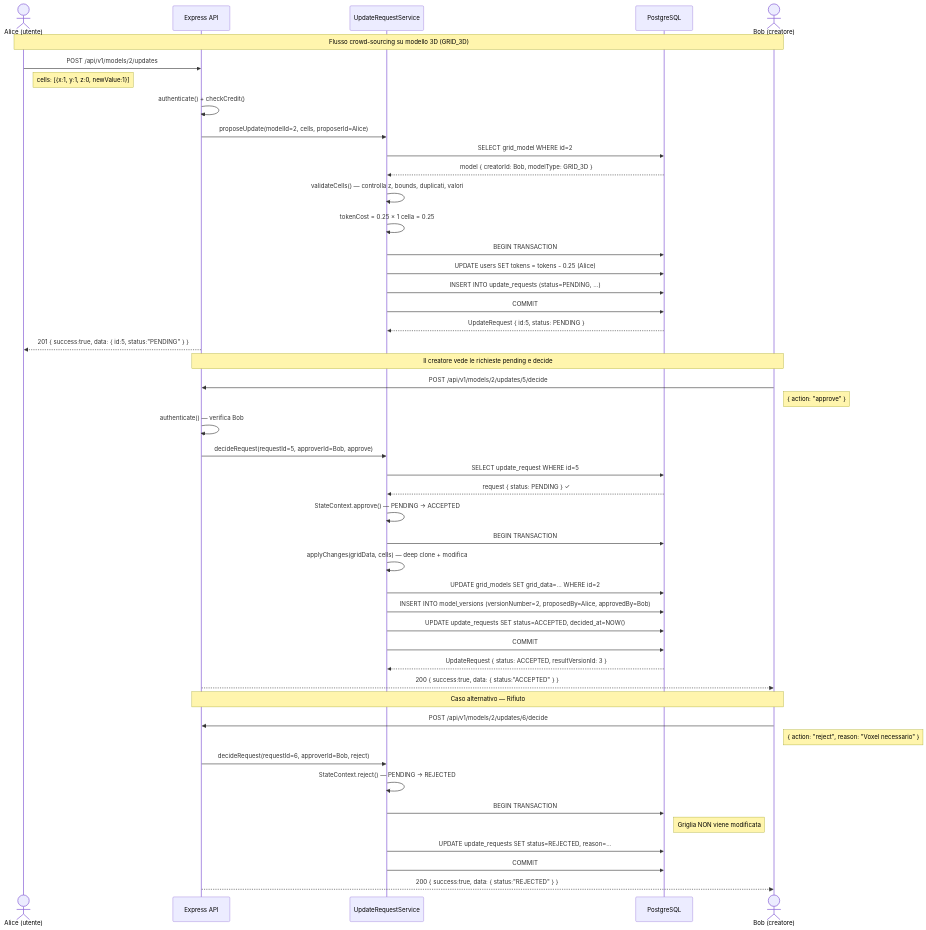
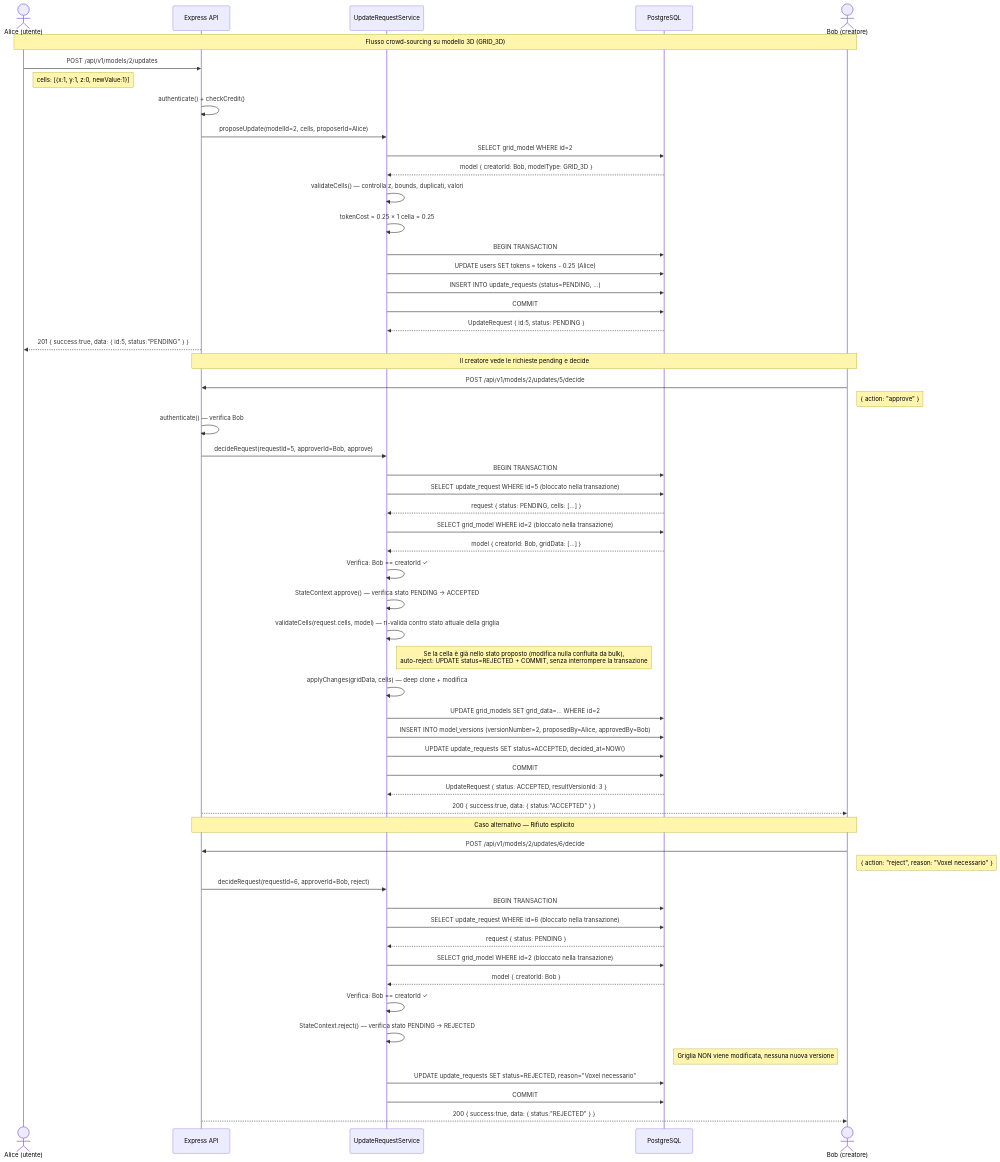
One commit to lucabelard/Progetto-programmazione-avanzata-consegna changed the fourth of 7 diagrams in README.md. Above: the diagram before and after it, drawn with Mermaid.

Commit message:
ultimi ritocchi

````diff
--- a/README.md
+++ b/README.md
@@ -345,55 +345,65 @@
 ```mermaid
 sequenceDiagram
   actor Alice as Alice (utente)
   participant API as Express API
   participant SVC as UpdateRequestService
   participant DB as PostgreSQL
   actor Bob as Bob (creatore)
 
   Note over Alice,Bob: Flusso crowd-sourcing su modello 3D (GRID_3D)
 
   Alice->>API: POST /api/v1/models/2/updates
   note right of Alice: cells: [{x:1, y:1, z:0, newValue:1}]
   API->>API: authenticate() + checkCredit()
   API->>SVC: proposeUpdate(modelId=2, cells, proposerId=Alice)
   SVC->>DB: SELECT grid_model WHERE id=2
   DB-->>SVC: model { creatorId: Bob, modelType: GRID_3D }
   SVC->>SVC: validateCells() — controlla z, bounds, duplicati, valori
   SVC->>SVC: tokenCost = 0.25 × 1 cella = 0.25
   SVC->>DB: BEGIN TRANSACTION
   SVC->>DB: UPDATE users SET tokens = tokens - 0.25 (Alice)
   SVC->>DB: INSERT INTO update_requests (status=PENDING, ...)
   SVC->>DB: COMMIT
   DB-->>SVC: UpdateRequest { id:5, status: PENDING }
   API-->>Alice: 201 { success:true, data: { id:5, status:"PENDING" } }
 
   Note over Bob,API: Il creatore vede le richieste pending e decide
 
   Bob->>API: POST /api/v1/models/2/updates/5/decide
   note right of Bob: { action: "approve" }
   API->>API: authenticate() — verifica Bob
   API->>SVC: decideRequest(requestId=5, approverId=Bob, approve)
-  SVC->>DB: SELECT update_request WHERE id=5
-  DB-->>SVC: request { status: PENDING } ✓
-  SVC->>SVC: StateContext.approve() — PENDING → ACCEPTED
   SVC->>DB: BEGIN TRANSACTION
+  SVC->>DB: SELECT update_request WHERE id=5 (bloccato nella transazione)
+  DB-->>SVC: request { status: PENDING, cells: [...] }
+  SVC->>DB: SELECT grid_model WHERE id=2 (bloccato nella transazione)
+  DB-->>SVC: model { creatorId: Bob, gridData: [...] }
+  SVC->>SVC: Verifica: Bob == creatorId ✓
+  SVC->>SVC: StateContext.approve() — verifica stato PENDING → ACCEPTED
+  SVC->>SVC: validateCells(request.cells, model) — ri-valida contro stato attuale della griglia
+  note right of SVC: Se la cella è già nello stato proposto (modifica nulla confluita da bulk),<br/>auto-reject: UPDATE status=REJECTED + COMMIT, senza interrompere la transazione
   SVC->>SVC: applyChanges(gridData, cells) — deep clone + modifica
   SVC->>DB: UPDATE grid_models SET grid_data=... WHERE id=2
   SVC->>DB: INSERT INTO model_versions (versionNumber=2, proposedBy=Alice, approvedBy=Bob)
   SVC->>DB: UPDATE update_requests SET status=ACCEPTED, decided_at=NOW()
   SVC->>DB: COMMIT
   DB-->>SVC: UpdateRequest { status: ACCEPTED, resultVersionId: 3 }
   API-->>Bob: 200 { success:true, data: { status:"ACCEPTED" } }
 
-  Note over Bob,API: Caso alternativo — Rifiuto
+  Note over Bob,API: Caso alternativo — Rifiuto esplicito
 
   Bob->>API: POST /api/v1/models/2/updates/6/decide
   note right of Bob: { action: "reject", reason: "Voxel necessario" }
   API->>SVC: decideRequest(requestId=6, approverId=Bob, reject)
-  SVC->>SVC: StateContext.reject() — PENDING → REJECTED
   SVC->>DB: BEGIN TRANSACTION
-  note right of DB: Griglia NON viene modificata
-  SVC->>DB: UPDATE update_requests SET status=REJECTED, reason=...
+  SVC->>DB: SELECT update_request WHERE id=6 (bloccato nella transazione)
+  DB-->>SVC: request { status: PENDING }
+  SVC->>DB: SELECT grid_model WHERE id=2 (bloccato nella transazione)
+  DB-->>SVC: model { creatorId: Bob }
+  SVC->>SVC: Verifica: Bob == creatorId ✓
+  SVC->>SVC: StateContext.reject() — verifica stato PENDING → REJECTED
+  note right of DB: Griglia NON viene modificata, nessuna nuova versione
+  SVC->>DB: UPDATE update_requests SET status=REJECTED, reason="Voxel necessario"
   SVC->>DB: COMMIT
   API-->>Bob: 200 { success:true, data: { status:"REJECTED" } }
 ```
````
